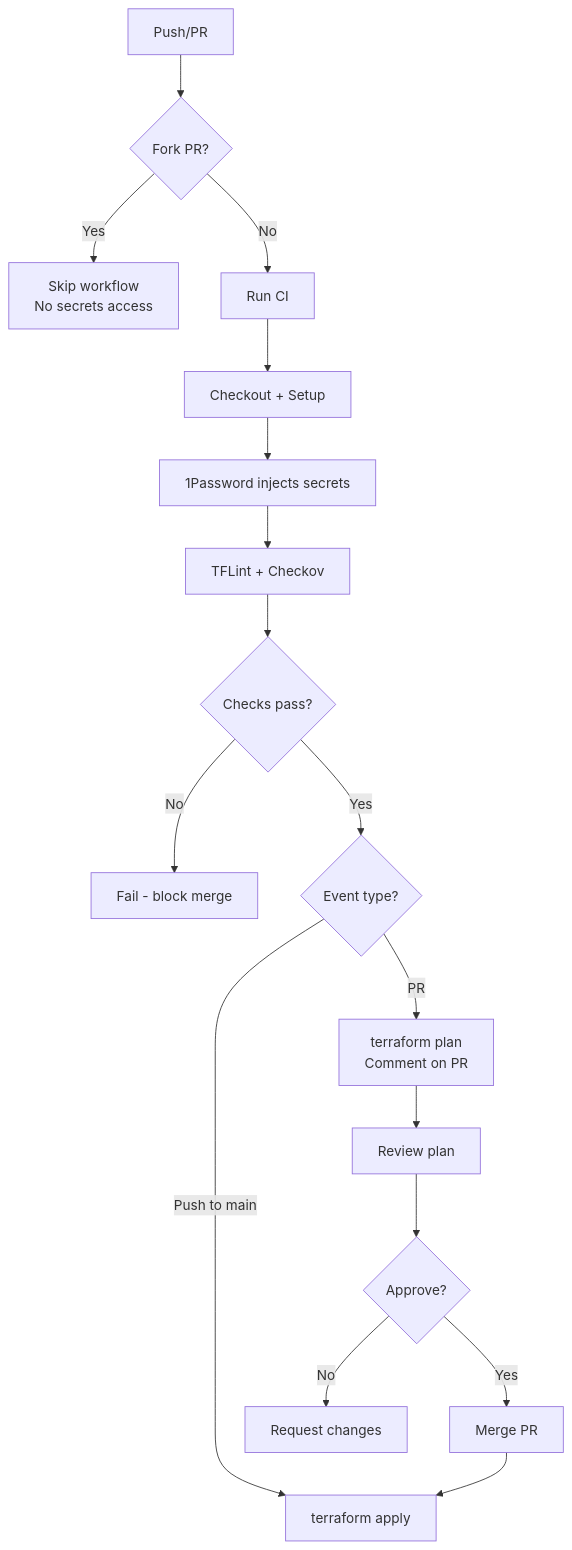
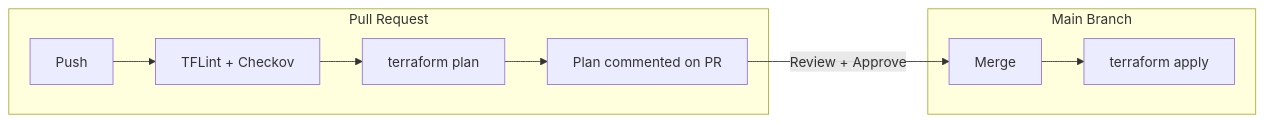
Before and after one commit to signalstratum/infrastructure: the second of 2 diagrams in README.md, drawn with Mermaid. The commit also changed other lines of this file and 21 other files, not shown here.

Commit message:
updates, add 1password for storing secrets created by tf, create abstraction modules

````diff
--- a/README.md
+++ b/README.md
@@ -63,23 +48,14 @@
 ```mermaid
-flowchart TD
-    A[Push/PR] --> B{Fork PR?}
-    B -->|Yes| C[Skip workflow<br/>No secrets access]
-    B -->|No| D[Run CI]
-    
-    D --> E[Checkout + Setup]
-    E --> F[1Password injects secrets]
-    F --> G[TFLint + Checkov]
-    G --> H{Checks pass?}
-    
-    H -->|No| I[Fail - block merge]
-    H -->|Yes| J{Event type?}
-    
-    J -->|PR| K[terraform plan<br/>Comment on PR]
-    J -->|Push to main| L[terraform apply]
-    
-    K --> M[Review plan]
-    M --> N{Approve?}
-    N -->|Yes| O[Merge PR]
-    O --> L
-    N -->|No| P[Request changes]
+flowchart LR
+    subgraph pr["Pull Request"]
+        A[Push] --> B[TFLint + Checkov]
+        B --> C[terraform plan]
+        C --> D[Plan commented on PR]
+    end
+
+    subgraph main["Main Branch"]
+        E[Merge] --> F[terraform apply]
+    end
+
+    D -->|Review + Approve| E
 ```
````
